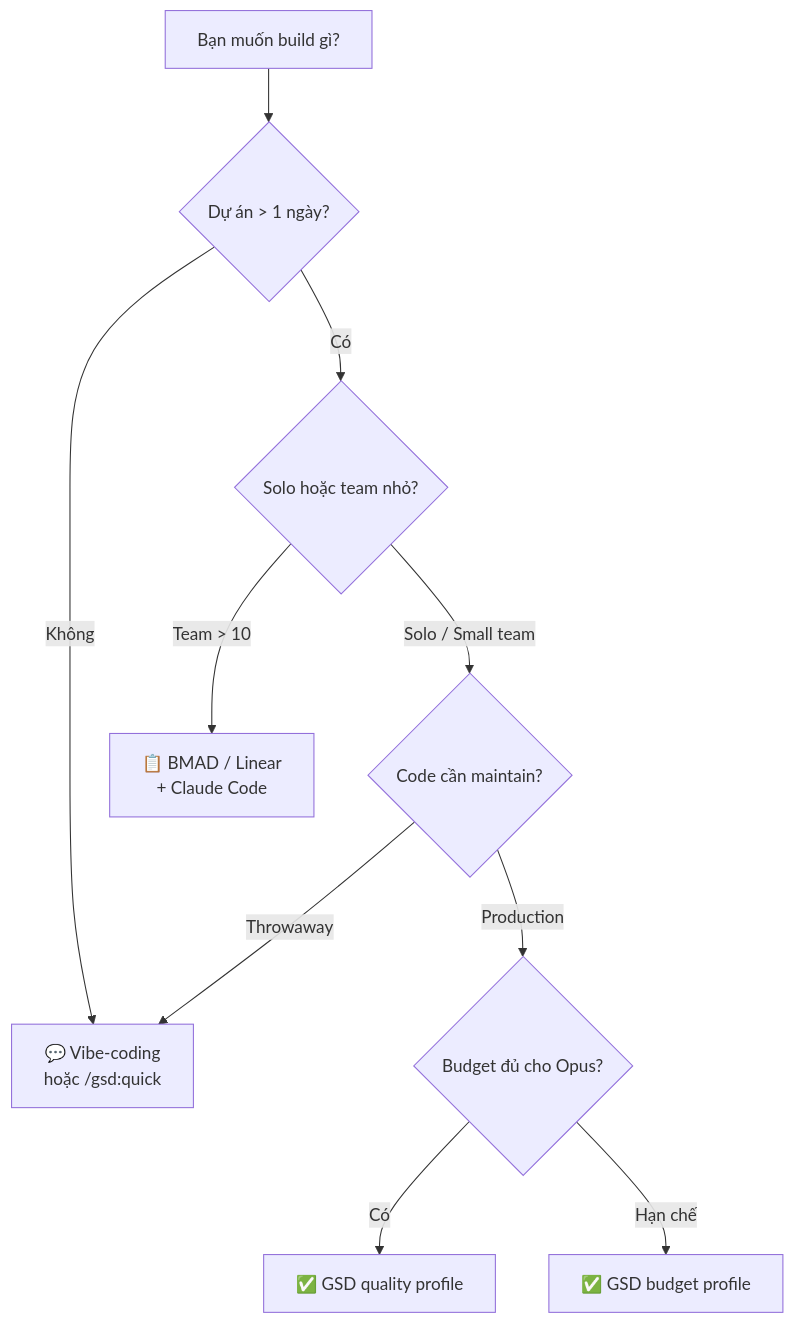
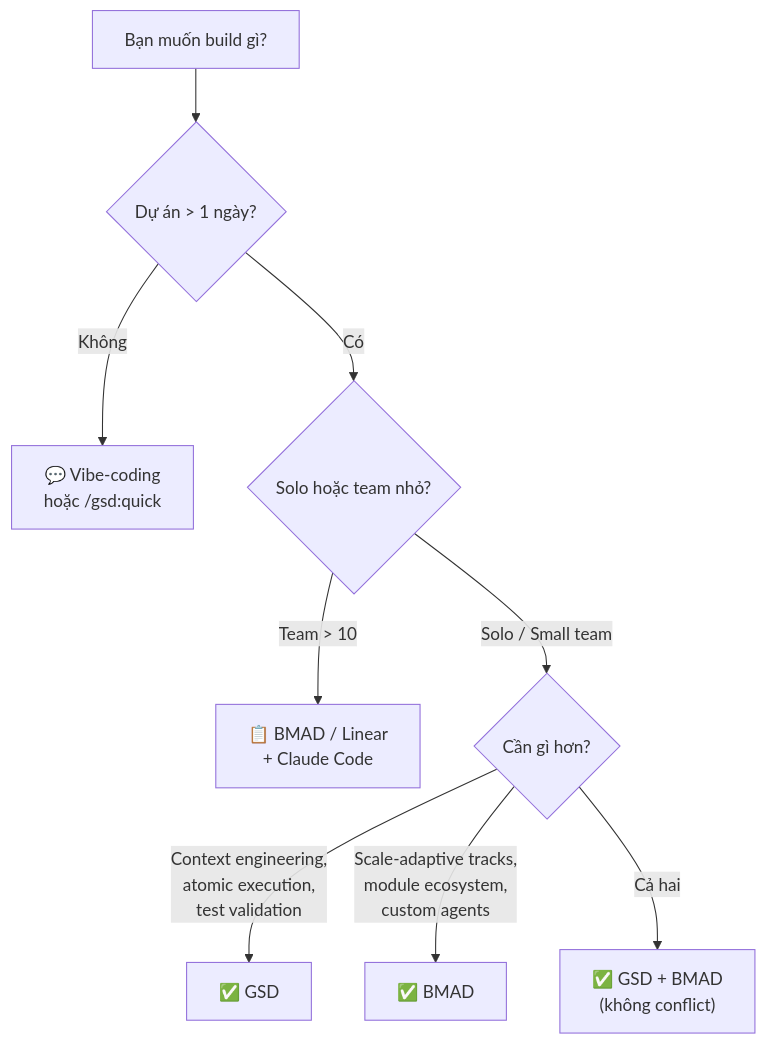
One commit to thientranhung/agentic-coding-lab changed the diagram in vn/get-shit-done/3. Decision Guide.md. Above: the diagram before and after it, drawn with Mermaid. The commit also changed other lines of this file and 14 other files, not shown here.

````diff
--- a/vn/get-shit-done/3. Decision Guide.md
+++ b/vn/get-shit-done/3. Decision Guide.md
@@ -264,12 +237,11 @@
 ```mermaid
 graph TD
     A["Bạn muốn build gì?"] --> B{"Dự án > 1 ngày?"}
     B -- Không --> C["💬 Vibe-coding<br/>hoặc /gsd:quick"]
     B -- Có --> D{"Solo hoặc team nhỏ?"}
     D -- Team > 10 --> E["📋 BMAD / Linear<br/>+ Claude Code"]
-    D -- Solo / Small team --> F{"Code cần maintain?"}
-    F -- Throwaway --> C
-    F -- Production --> G{"Budget đủ cho Opus?"}
-    G -- Có --> H["✅ GSD quality profile"]
-    G -- Hạn chế --> I["✅ GSD budget profile"]
+    D -- Solo / Small team --> F{"Cần gì hơn?"}
+    F -->|"Context engineering,<br/>atomic execution,<br/>test validation"| GSD["✅ GSD"]
+    F -->|"Scale-adaptive tracks,<br/>module ecosystem,<br/>custom agents"| BMAD["✅ BMAD"]
+    F -->|"Cả hai"| BOTH["✅ GSD + BMAD<br/>(không conflict)"]
 ```
````
